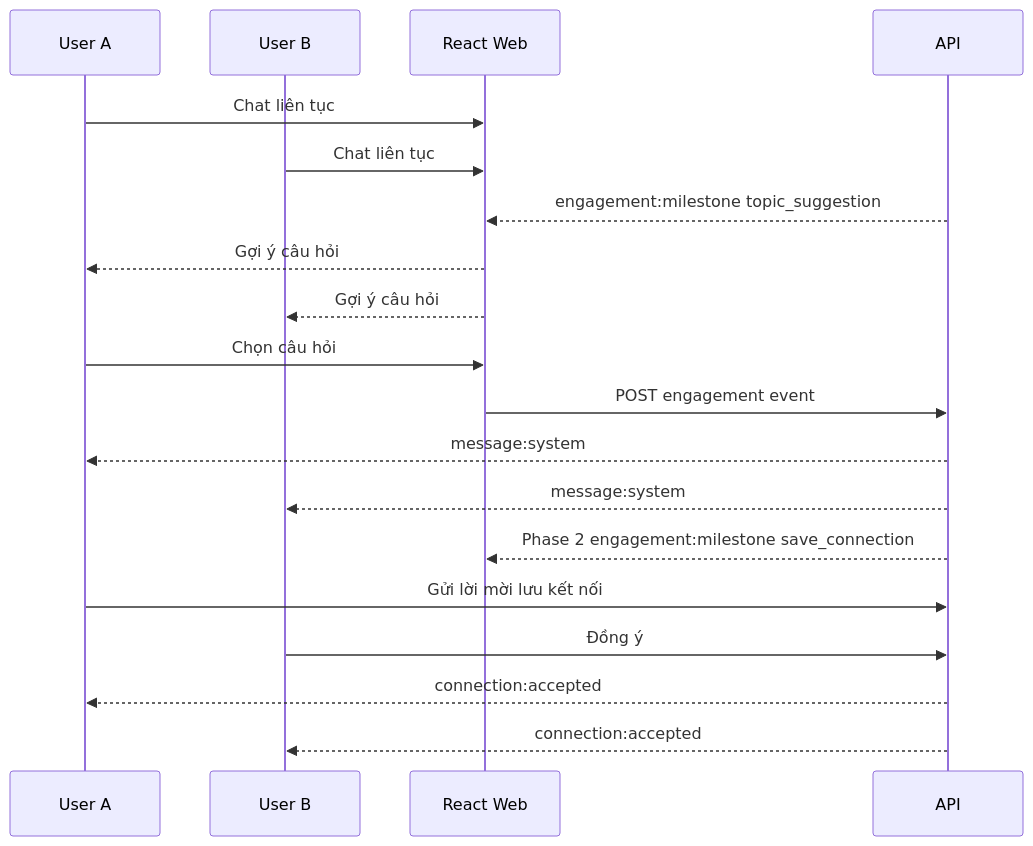
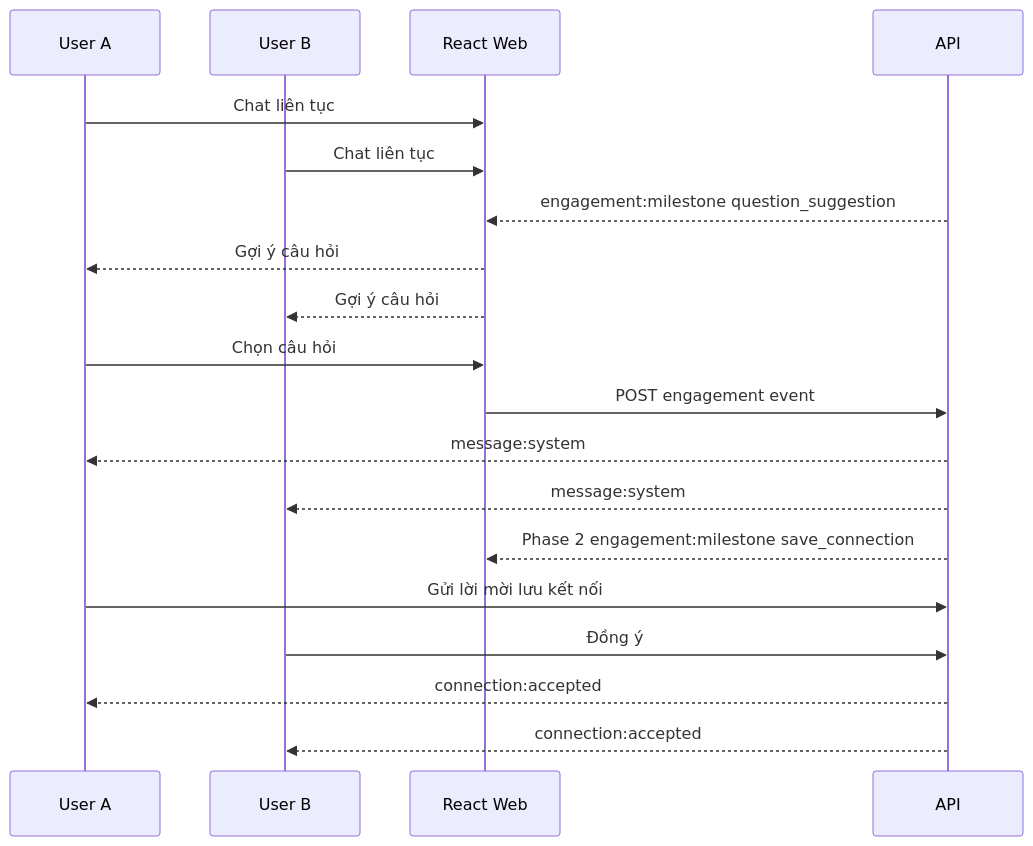
Before and after one commit to pandacode0412/chatandanh: the fourth of 4 diagrams in docs/product-requirements.md, drawn with Mermaid. The commit also changed other lines of this file and 19 other files, not shown here.

````diff
--- a/docs/product-requirements.md
+++ b/docs/product-requirements.md
@@ -313,22 +307,22 @@
 ```mermaid
 sequenceDiagram
   participant A as User A
   participant B as User B
   participant Web as React Web
   participant API as API
 
   A->>Web: Chat liên tục
   B->>Web: Chat liên tục
-  API-->>Web: engagement:milestone topic_suggestion
+  API-->>Web: engagement:milestone question_suggestion
   Web-->>A: Gợi ý câu hỏi
   Web-->>B: Gợi ý câu hỏi
   A->>Web: Chọn câu hỏi
   Web->>API: POST engagement event
   API-->>A: message:system
   API-->>B: message:system
   API-->>Web: Phase 2 engagement:milestone save_connection
   A->>API: Gửi lời mời lưu kết nối
   B->>API: Đồng ý
   API-->>A: connection:accepted
   API-->>B: connection:accepted
 ```
````
